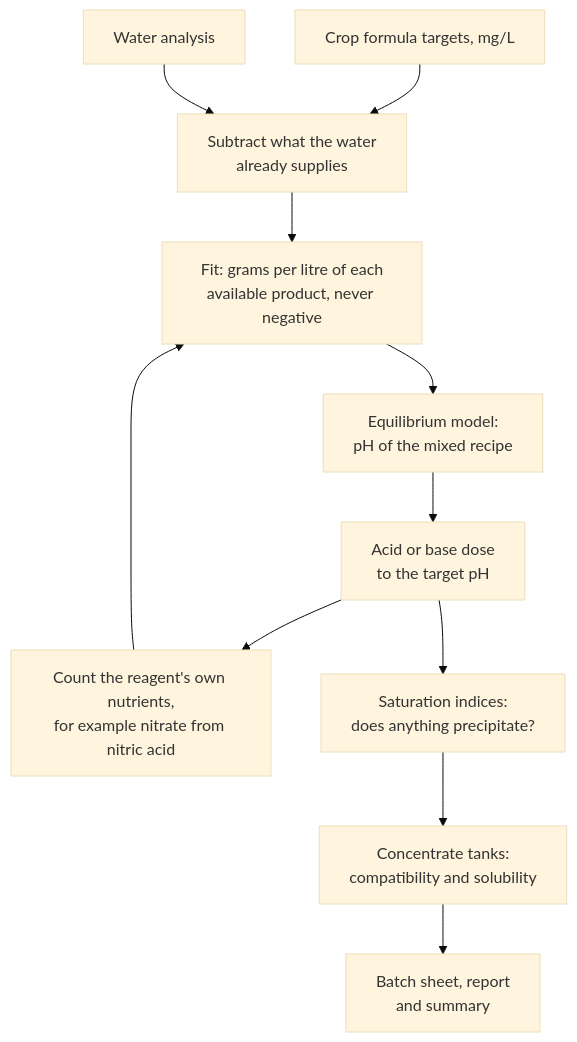
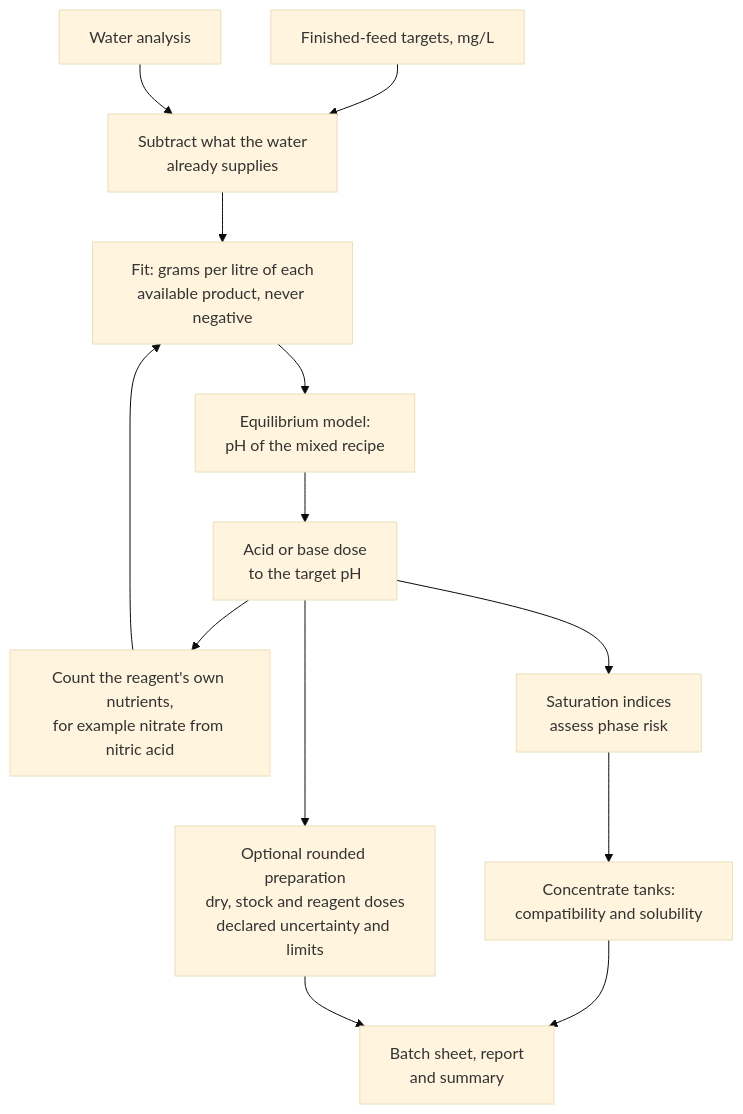
One commit to rafatahmed/Flahax changed the diagram in docs/site/explanation/how-a-recipe-is-calculated.md. Above: the diagram before and after it, drawn with Mermaid (base theme). The commit also changed other lines of this file and 9 other files, not shown here.

````diff
--- a/docs/site/explanation/how-a-recipe-is-calculated.md
+++ b/docs/site/explanation/how-a-recipe-is-calculated.md
@@ -7,16 +8,18 @@
 ```{mermaid}
 ---
 caption: The recipe and its pH reagent are planned together
 ---
 flowchart TB
-    T[Crop formula targets, mg/L] --> G[Subtract what the water<br/>already supplies]
+    T[Finished-feed targets, mg/L] --> G[Subtract what the water<br/>already supplies]
     W[Water analysis] --> G
     G --> F[Fit: grams per litre of each<br/>available product, never negative]
     F --> P[Equilibrium model:<br/>pH of the mixed recipe]
     P --> D[Acid or base dose<br/>to the target pH]
     D --> N[Count the reagent's own nutrients,<br/>for example nitrate from nitric acid]
     N --> F
-    D --> S[Saturation indices:<br/>does anything precipitate?]
+    D --> S[Saturation indices<br/>assess phase risk]
     S --> K[Concentrate tanks:<br/>compatibility and solubility]
     K --> R[Batch sheet, report<br/>and summary]
+    D --> V[Optional rounded preparation<br/>dry, stock and reagent doses<br/>declared uncertainty and limits]
+    V --> R
 ```
````
